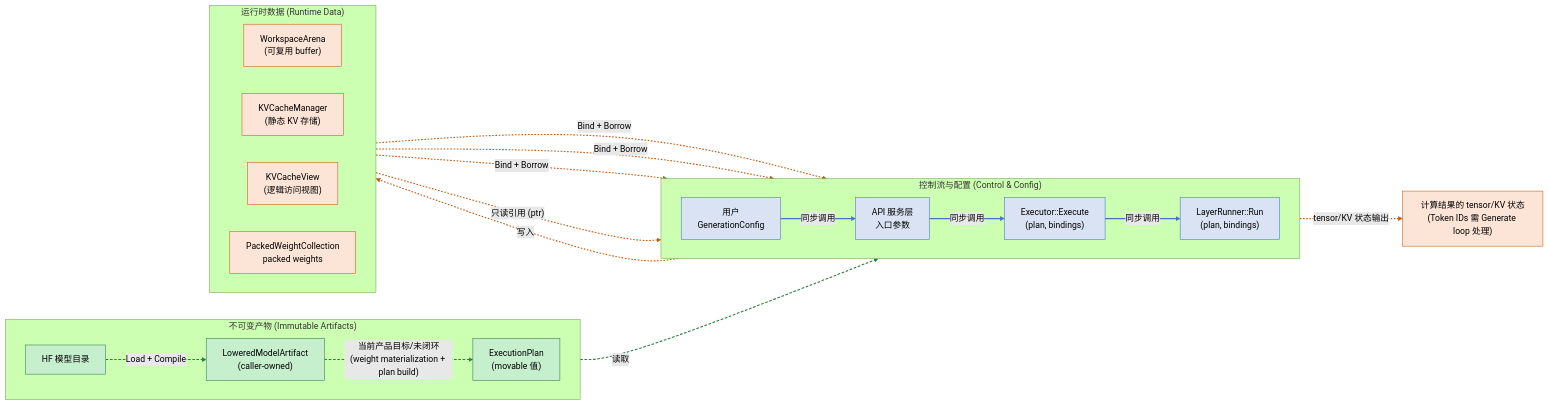
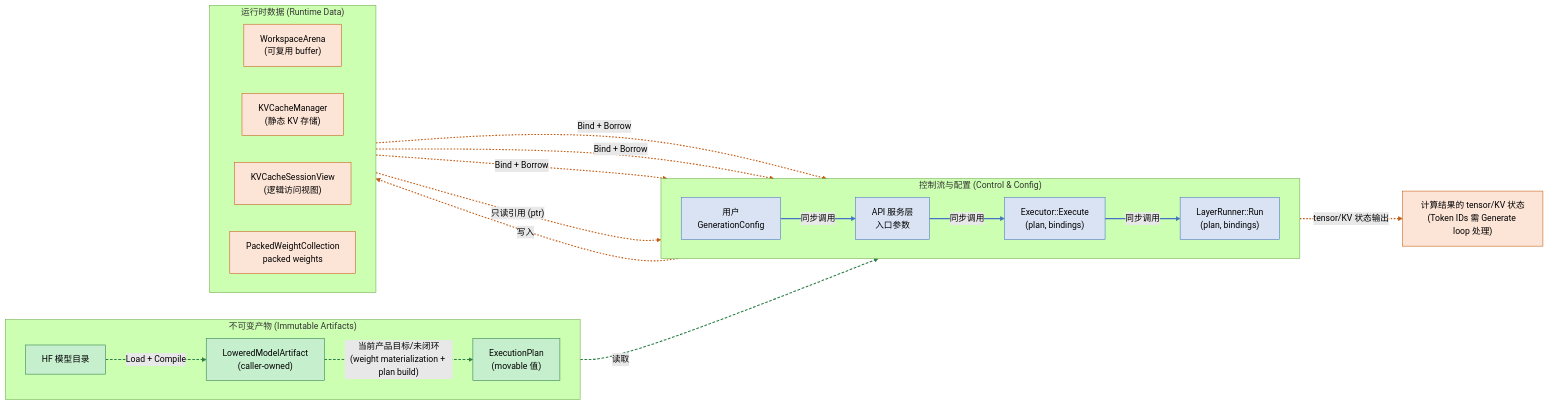
The fourth of 5 diagrams in docs/designs/architecture/architecture_overview.md (fengjiran/AetherMind), drawn with Mermaid (forest theme) before and after one commit. The commit also changed other lines of this file and 48 other files, not shown here.

````diff
--- a/docs/designs/architecture/architecture_overview.md
+++ b/docs/designs/architecture/architecture_overview.md
@@ -273,39 +273,39 @@
 ```mermaid
 flowchart LR
     subgraph CTRL["控制流与配置 (Control & Config)"]
         direction LR
         A1["用户<br/>GenerationConfig"] -->|"同步调用"| A2["API 服务层<br/>入口参数"]
         A2 -->|"同步调用"| A3["Executor::Execute<br/>(plan, bindings)"]
         A3 -->|"同步调用"| A4["LayerRunner::Run<br/>(plan, bindings)"]
     end
 
     subgraph ART["不可变产物 (Immutable Artifacts)"]
         direction LR
         B1["HF 模型目录"] -->|"Load + Compile"| B2["LoweredModelArtifact<br/>(caller-owned)"]
         B2 -->|"当前产品目标/未闭环<br/>(weight materialization + plan build)"| B3["ExecutionPlan<br/>(movable 值)"]
         B3 -->|"读取"| A3
     end
 
     subgraph DATA["运行时数据 (Runtime Data)"]
         direction LR
         C1["WorkspaceArena<br/>(可复用 buffer)"] -->|"Bind + Borrow"| A4
         C2["KVCacheManager<br/>(静态 KV 存储)"] -->|"Bind + Borrow"| A4
-        C3["KVCacheView<br/>(逻辑访问视图)"] -->|"Bind + Borrow"| A4
+        C3["KVCacheSessionView<br/>(逻辑访问视图)"] -->|"Bind + Borrow"| A4
         C4["PackedWeightCollection<br/>packed weights"] -->|"只读引用 (ptr)"| A4
     end
 
     A4 -->|"写入"| C2
     A4 -->|"tensor/KV 状态输出"| D1["计算结果的 tensor/KV 状态<br/>(Token IDs 需 Generate loop 处理)"]
 
     classDef ctrl fill:#dae3f3,stroke:#4472c4
     classDef artifact fill:#c6efce,stroke:#2d7d46
     classDef runtime fill:#fce4d6,stroke:#c55a11
 
     class A1,A2,A3,A4 ctrl
     class B1,B2,B3 artifact
     class C1,C2,C3,C4,D1 runtime
 
     linkStyle 0,1,2 stroke:#4472c4,stroke-width:2px
     linkStyle 3,4,5 stroke:#2d7d46,stroke-width:2px,stroke-dasharray:5 3
     linkStyle 6,7,8,9,10,11 stroke:#c55a11,stroke-width:2px,stroke-dasharray:3 3
 ```
````
